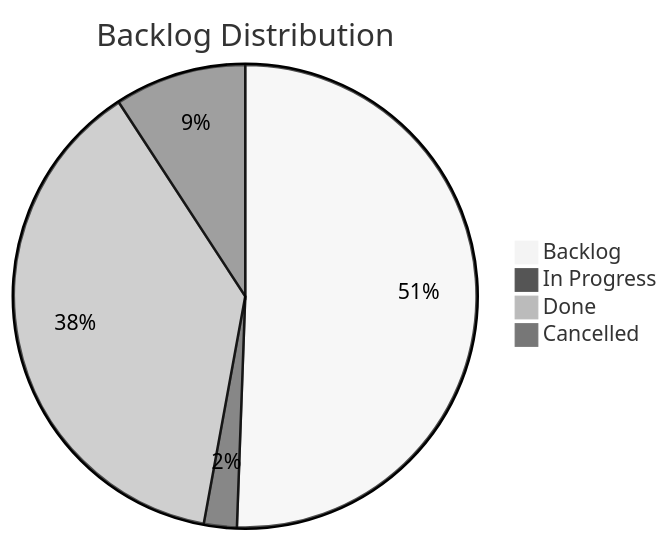
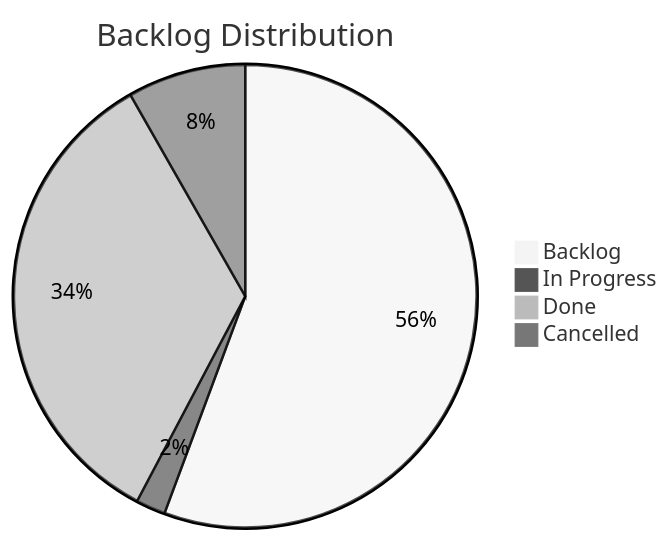
The diagram in docs/board.md (TheCodeCreature/Hytale-Example-Plugin), drawn with Mermaid (neutral theme) before and after one commit. The commit also changed other lines of this file and 14 other files, not shown here.

````diff
--- a/docs/board.md
+++ b/docs/board.md
@@ -7,7 +7,7 @@
 ```mermaid
 pie title Backlog Distribution
-    "Backlog" : 44
+    "Backlog" : 54
     "In Progress" : 2
     "Done" : 33
     "Cancelled" : 8
 ```
````
